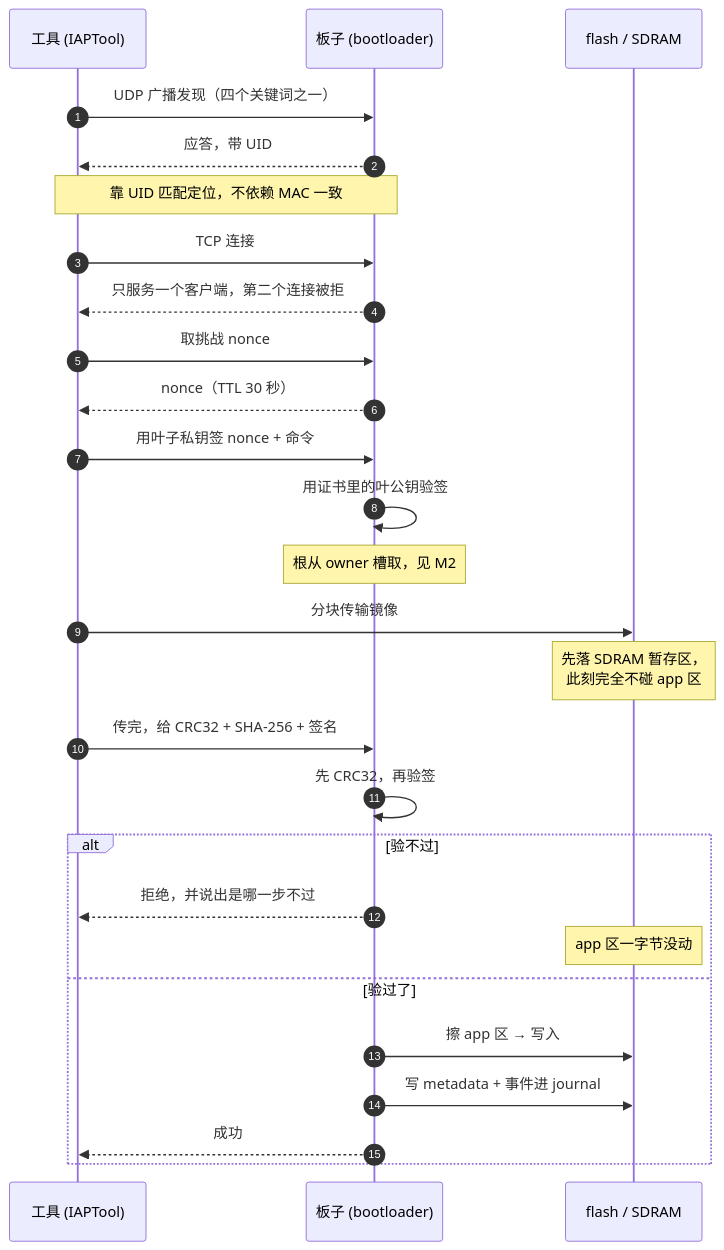
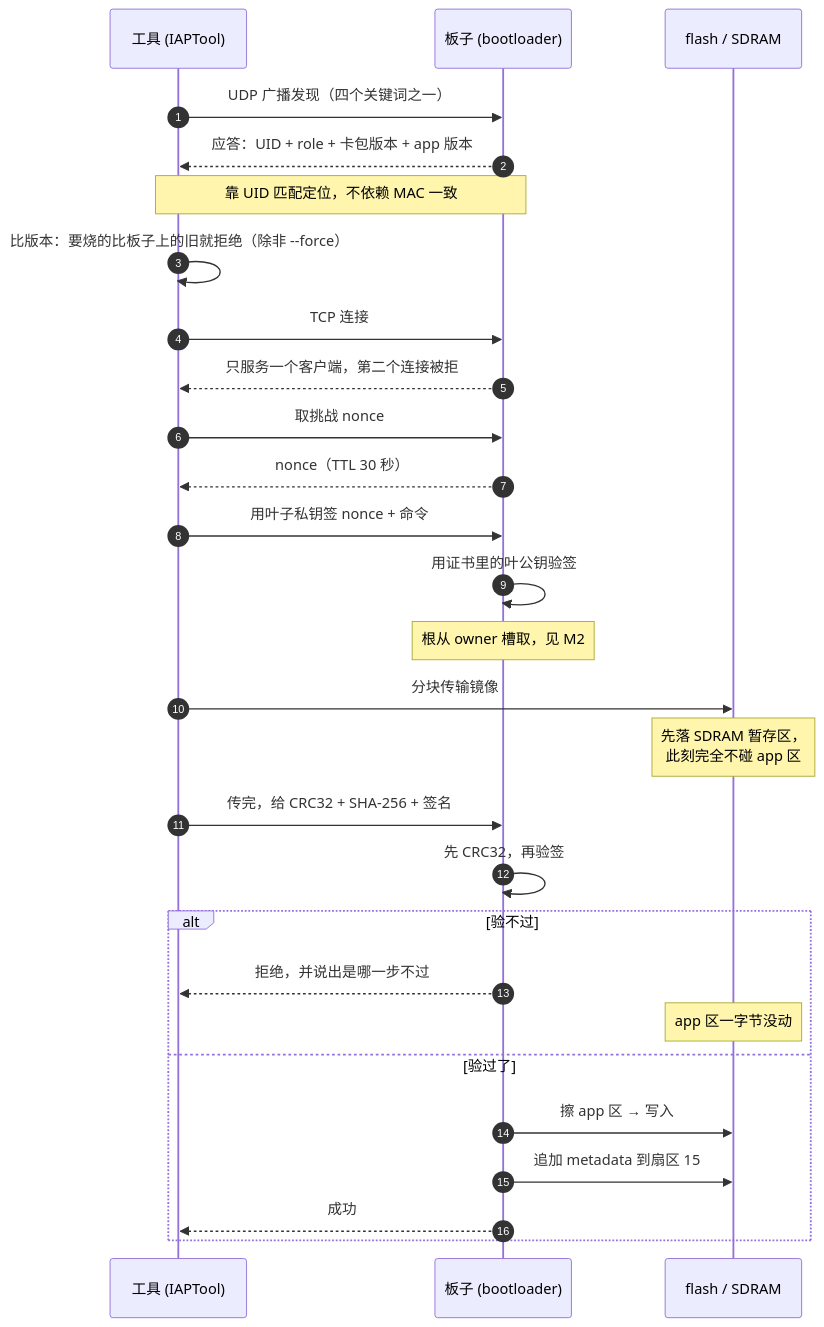
Before and after one commit to haliboteda/OpenPLC_Docs: the first of 2 diagrams in docs/modules/M1-firmware-upgrade.md, drawn with Mermaid. The commit also changed other lines of this file and 31 other files, not shown here.

````diff
--- a/docs/modules/M1-firmware-upgrade.md
+++ b/docs/modules/M1-firmware-upgrade.md
@@ -13,32 +13,33 @@
 ```mermaid
 sequenceDiagram
     autonumber
     participant T as 工具 (IAPTool)
     participant B as 板子 (bootloader)
     participant F as flash / SDRAM
 
     T->>B: UDP 广播发现（四个关键词之一）
-    B-->>T: 应答，带 UID
+    B-->>T: 应答：UID + role + 卡包版本 + app 版本
     Note over T,B: 靠 UID 匹配定位，不依赖 MAC 一致
+    T->>T: 比版本：要烧的比板子上的旧就拒绝（除非 --force）
 
     T->>B: TCP 连接
     B-->>T: 只服务一个客户端，第二个连接被拒
     T->>B: 取挑战 nonce
     B-->>T: nonce（TTL 30 秒）
     T->>B: 用叶子私钥签 nonce + 命令
     B->>B: 用证书里的叶公钥验签
     Note over B: 根从 owner 槽取，见 M2
 
     T->>F: 分块传输镜像
     Note over F: 先落 SDRAM 暂存区，<br/>此刻完全不碰 app 区
     T->>B: 传完，给 CRC32 + SHA-256 + 签名
     B->>B: 先 CRC32，再验签
     alt 验不过
         B-->>T: 拒绝，并说出是哪一步不过
         Note over F: app 区一字节没动
     else 验过了
         B->>F: 擦 app 区 → 写入
-        B->>F: 写 metadata + 事件进 journal
+        B->>F: 追加 metadata 到扇区 15
         B-->>T: 成功
     end
 ```
````
